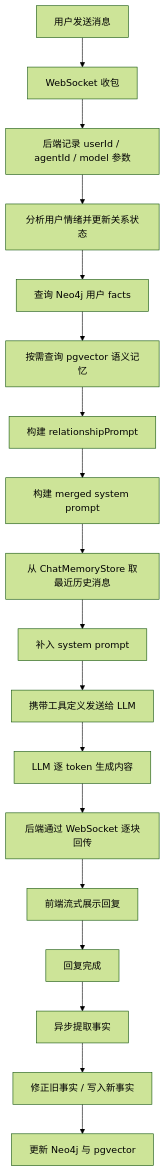
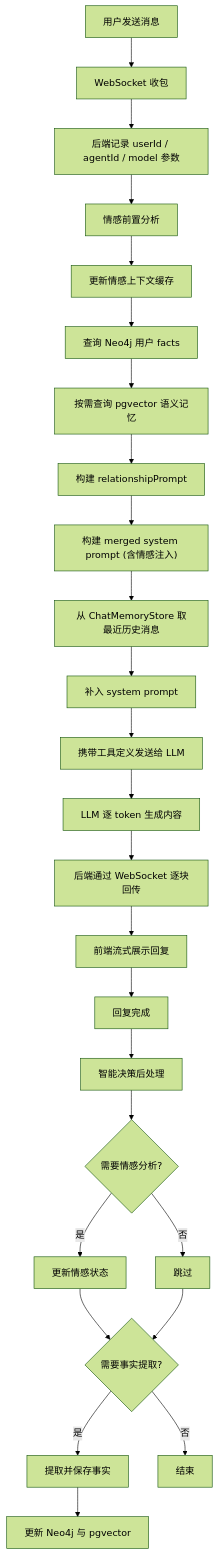
Diagram 14 of 15 in doc/对话调用链路详解.md (SailRuo/LingShu-AI), drawn with Mermaid (forest theme) before and after one commit. The commit also changed other lines of this file and 54 other files, not shown here.

````diff
--- a/doc/对话调用链路详解.md
+++ b/doc/对话调用链路详解.md
@@ -446,20 +563,27 @@
 ```mermaid
 flowchart TD
     A["用户发送消息"] --> B["WebSocket 收包"]
     B --> C["后端记录 userId / agentId / model 参数"]
-    C --> D["分析用户情绪并更新关系状态"]
-    D --> E["查询 Neo4j 用户 facts"]
-    E --> F["按需查询 pgvector 语义记忆"]
-    F --> G["构建 relationshipPrompt"]
-    G --> H["构建 merged system prompt"]
-    H --> I["从 ChatMemoryStore 取最近历史消息"]
-    I --> J["补入 system prompt"]
-    J --> K["携带工具定义发送给 LLM"]
-    K --> L["LLM 逐 token 生成内容"]
-    L --> M["后端通过 WebSocket 逐块回传"]
-    M --> N["前端流式展示回复"]
-    N --> O["回复完成"]
-    O --> P["异步提取事实"]
-    P --> Q["修正旧事实 / 写入新事实"]
-    Q --> R["更新 Neo4j 与 pgvector"]
+    C --> D["情感前置分析"]
+    D --> E["更新情感上下文缓存"]
+    E --> F["查询 Neo4j 用户 facts"]
+    F --> G["按需查询 pgvector 语义记忆"]
+    G --> H["构建 relationshipPrompt"]
+    H --> I["构建 merged system prompt (含情感注入)"]
+    I --> J["从 ChatMemoryStore 取最近历史消息"]
+    J --> K["补入 system prompt"]
+    K --> L["携带工具定义发送给 LLM"]
+    L --> M["LLM 逐 token 生成内容"]
+    M --> N["后端通过 WebSocket 逐块回传"]
+    N --> O["前端流式展示回复"]
+    O --> P["回复完成"]
+    P --> Q["智能决策后处理"]
+    Q --> R{"需要情感分析?"}
+    R -->|是| S["更新情感状态"]
+    R -->|否| T["跳过"]
+    S --> U{"需要事实提取?"}
+    T --> U
+    U -->|是| V["提取并保存事实"]
+    U -->|否| W["结束"]
+    V --> X["更新 Neo4j 与 pgvector"]
 ```
````
